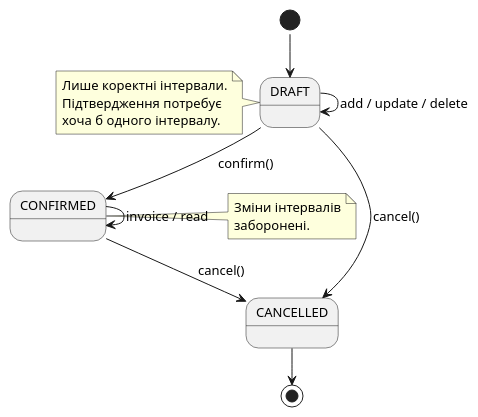
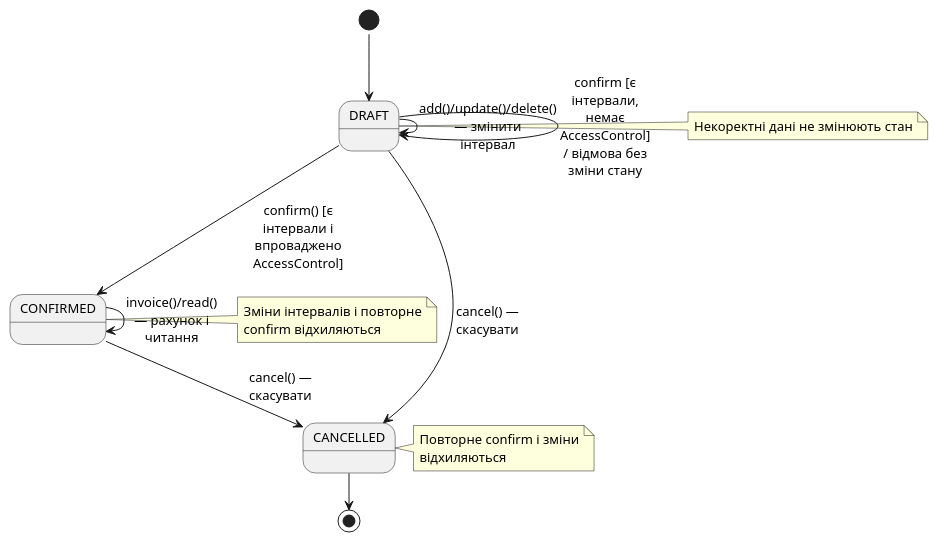
Before and after one commit to auulina21/coworking-19: the diagram in docs/state-print.puml, drawn with PlantUML. The commit also changed 49 other files, not shown here.

```diff
--- a/docs/state-print.puml
+++ b/docs/state-print.puml
@@ -1,23 +1,28 @@
 @startuml
 !pragma layout smetana
 skinparam defaultFontName Arial
 skinparam defaultFontSize 13
+skinparam maxMessageSize 85
+skinparam wrapWidth 220
 skinparam nodesep 35
 skinparam ranksep 45
 [*] --> DRAFT
-DRAFT --> DRAFT : add / update / delete
-DRAFT --> CONFIRMED : confirm()
-CONFIRMED --> CONFIRMED : invoice / read
-DRAFT --> CANCELLED : cancel()
-CONFIRMED --> CANCELLED : cancel()
+DRAFT --> DRAFT : add()/update()/delete() — змінити інтервал
+DRAFT --> CONFIRMED : confirm() [є інтервали і впроваджено AccessControl]
+CONFIRMED --> CONFIRMED : invoice()/read() — рахунок і читання
+DRAFT --> CANCELLED : cancel() — скасувати
+CONFIRMED --> CANCELLED : cancel() — скасувати
 CANCELLED --> [*]
-note left of DRAFT
-Лише коректні інтервали.
-Підтвердження потребує
-хоча б одного інтервалу.
+note right of DRAFT
+Некоректні дані не змінюють стан
 end note
-note left of CONFIRMED
-Зміни інтервалів
-заборонені.
+note right of CONFIRMED
+Зміни інтервалів і повторне confirm відхиляються
 end note
+
+note right of CANCELLED
+Повторне confirm і зміни відхиляються
+end note
+
+DRAFT --> DRAFT : confirm [є інтервали, немає AccessControl] / відмова без зміни стану
 @enduml
```
